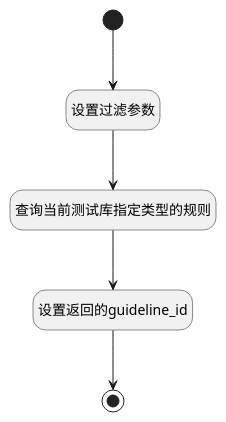
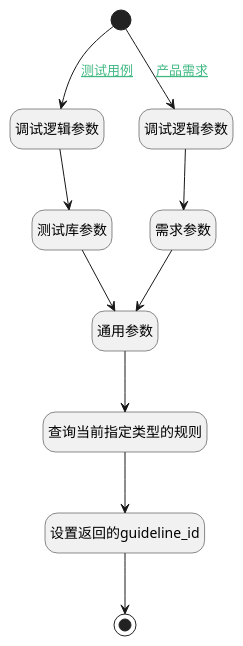
The diagram in doc/docsify/module/TestMgmt/review_wizard/logic/fill_guideline.md (iBizLab/plm), drawn with PlantUML before and after one commit. The commit also changed other lines of this file and 799 other files, not shown here.

````diff
--- a/doc/docsify/module/TestMgmt/review_wizard/logic/fill_guideline.md
+++ b/doc/docsify/module/TestMgmt/review_wizard/logic/fill_guideline.md
@@ -7,25 +7,34 @@
 ```plantuml
 @startuml
 hide empty description
 <style>
 root {
   HyperlinkColor #42b983
 }
 </style>
 
 hide empty description
 state "开始" as Begin <<start>> [[$./fill_guideline#begin {"开始"}]]
+state "测试库参数" as PREPAREPARAM1  [[$./fill_guideline#prepareparam1 {"测试库参数"}]]
+state "调试逻辑参数" as DEBUGPARAM1  [[$./fill_guideline#debugparam1 {"调试逻辑参数"}]]
 state "结束" as END1 <<end>> [[$./fill_guideline#end1 {"结束"}]]
-state "设置过滤参数" as PREPAREPARAM1  [[$./fill_guideline#prepareparam1 {"设置过滤参数"}]]
-state "查询当前测试库指定类型的规则" as DEDATASET1  [[$./fill_guideline#dedataset1 {"查询当前测试库指定类型的规则"}]]
+state "通用参数" as PREPAREPARAM4  [[$./fill_guideline#prepareparam4 {"通用参数"}]]
+state "查询当前指定类型的规则" as DEDATASET1  [[$./fill_guideline#dedataset1 {"查询当前指定类型的规则"}]]
 state "设置返回的guideline_id" as PREPAREPARAM2  [[$./fill_guideline#prepareparam2 {"设置返回的guideline_id"}]]
+state "调试逻辑参数" as DEBUGPARAM2  [[$./fill_guideline#debugparam2 {"调试逻辑参数"}]]
+state "需求参数" as PREPAREPARAM3  [[$./fill_guideline#prepareparam3 {"需求参数"}]]
 
 
-Begin --> PREPAREPARAM1
-PREPAREPARAM1 --> DEDATASET1
+Begin --> DEBUGPARAM1 : [[$./fill_guideline#begin-debugparam1{测试用例} 测试用例]]
+DEBUGPARAM1 --> PREPAREPARAM1
+PREPAREPARAM1 --> PREPAREPARAM4
+PREPAREPARAM4 --> DEDATASET1
 DEDATASET1 --> PREPAREPARAM2
 PREPAREPARAM2 --> END1
+Begin --> DEBUGPARAM2 : [[$./fill_guideline#begin-debugparam2{产品需求} 产品需求]]
+DEBUGPARAM2 --> PREPAREPARAM3
+PREPAREPARAM3 --> PREPAREPARAM4
 
 
 @enduml
 ```
````
